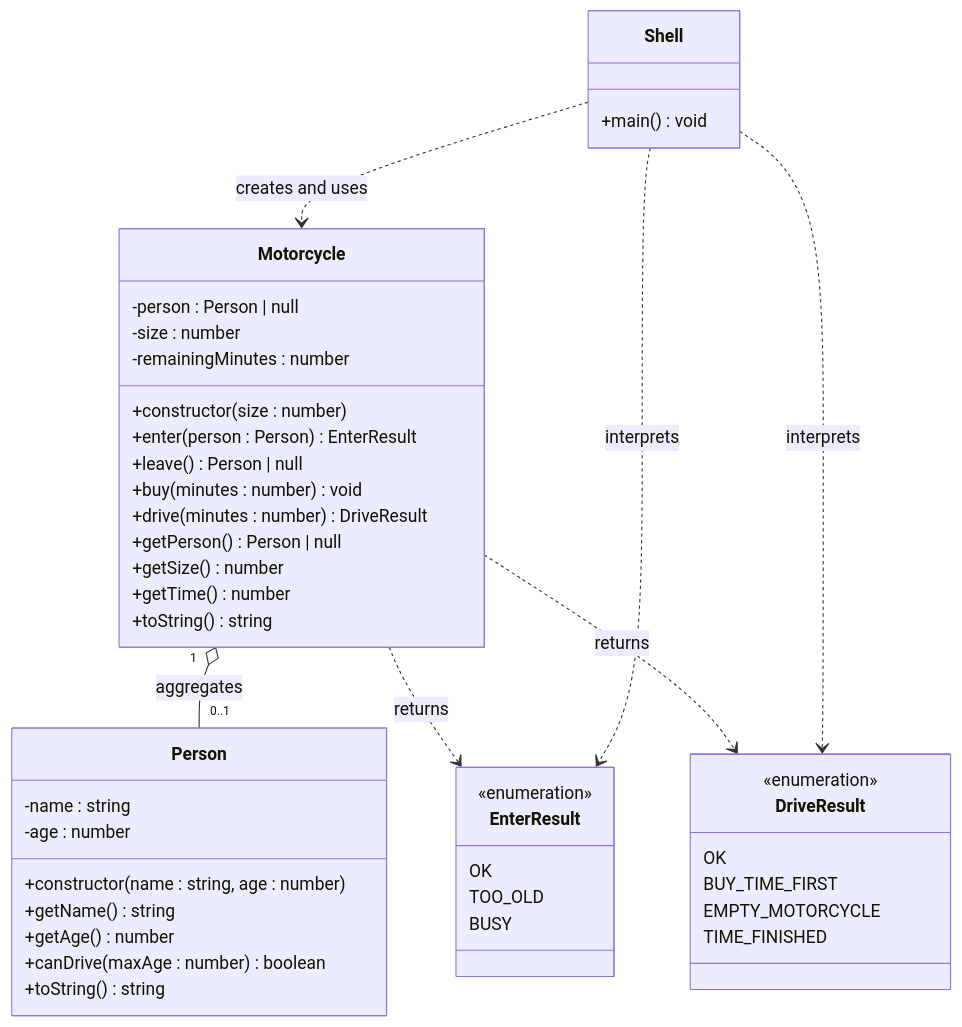
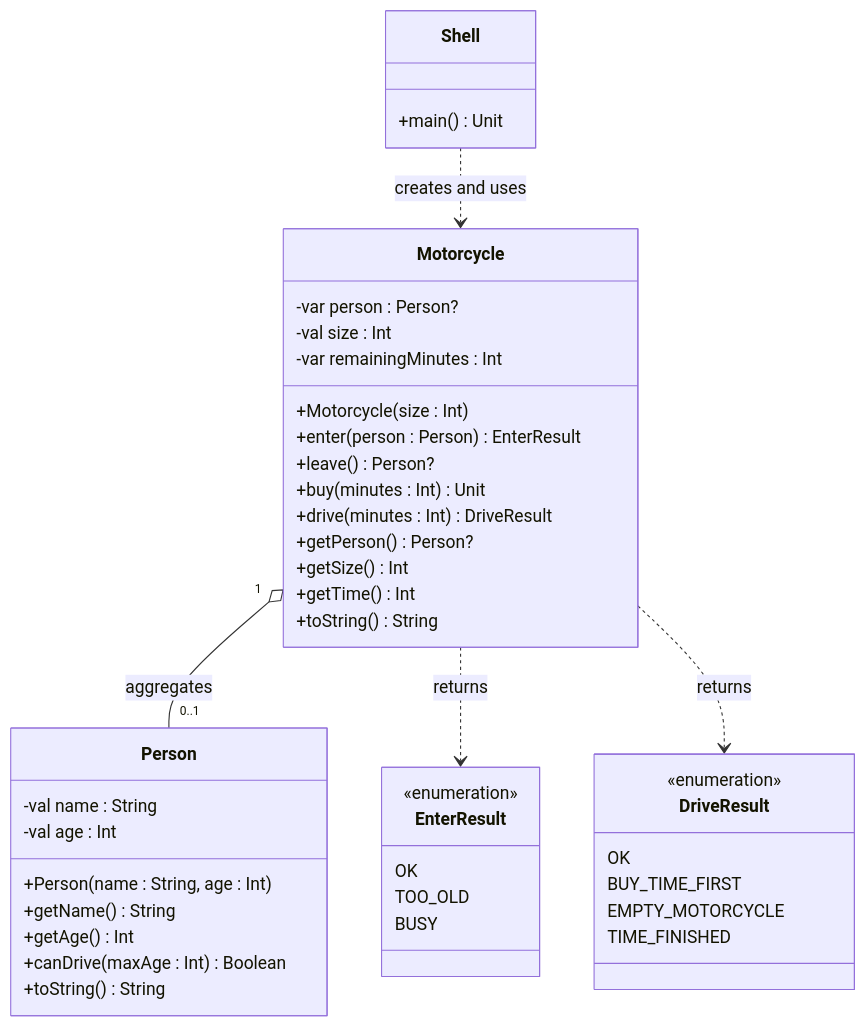
One commit to qxcodepoo/arcade changed the diagram in labs/motoca/README.md. Above: the diagram before and after it, drawn with Mermaid. The commit also changed other lines of this file and 201 other files, not shown here.

````diff
--- a/labs/motoca/README.md
+++ b/labs/motoca/README.md
@@ -46,56 +46,55 @@
 ```mermaid
 %%{init: { "fontFamily": "monospace" } }%%
 classDiagram
     direction TB
 
     class EnterResult {
         <<enumeration>>
         OK
         TOO_OLD
         BUSY
     }
 
     class DriveResult {
         <<enumeration>>
         OK
         BUY_TIME_FIRST
         EMPTY_MOTORCYCLE
         TIME_FINISHED
     }
 
     class Person {
-        -name : string
-        -age : number
-        +constructor(name : string, age : number)
-        +getName() string
-        +getAge() number
-        +canDrive(maxAge : number) boolean
-        +toString() string
+        -val name : String
+        -val age : Int
+        +Person(name : String, age : Int)
+        +getName() String
+        +getAge() Int
+        +canDrive(maxAge : Int) Boolean
+        +toString() String
     }
 
     class Motorcycle {
-        -person : Person | null
-        -size : number
-        -remainingMinutes : number
-        +constructor(size : number)
+        -var person : Person?
+        -val size : Int
+        -var remainingMinutes : Int
+        +Motorcycle(size : Int)
         +enter(person : Person) EnterResult
-        +leave() Person | null
-        +buy(minutes : number) void
-        +drive(minutes : number) DriveResult
-        +getPerson() Person | null
-        +getSize() number
-        +getTime() number
-        +toString() string
+        +leave() Person?
+        +buy(minutes : Int) Unit
+        +drive(minutes : Int) DriveResult
+        +getPerson() Person?
+        +getSize() Int
+        +getTime() Int
+        +toString() String
     }
 
     class Shell {
-        +main() void
+        +main() Unit
     }
 
     Motorcycle "1" o-- "0..1" Person : aggregates
     Motorcycle ..> EnterResult : returns
     Motorcycle ..> DriveResult : returns
     Shell ..> Motorcycle : creates and uses
-    Shell ..> EnterResult : interprets
-    Shell ..> DriveResult : interprets
+
 ```
````
